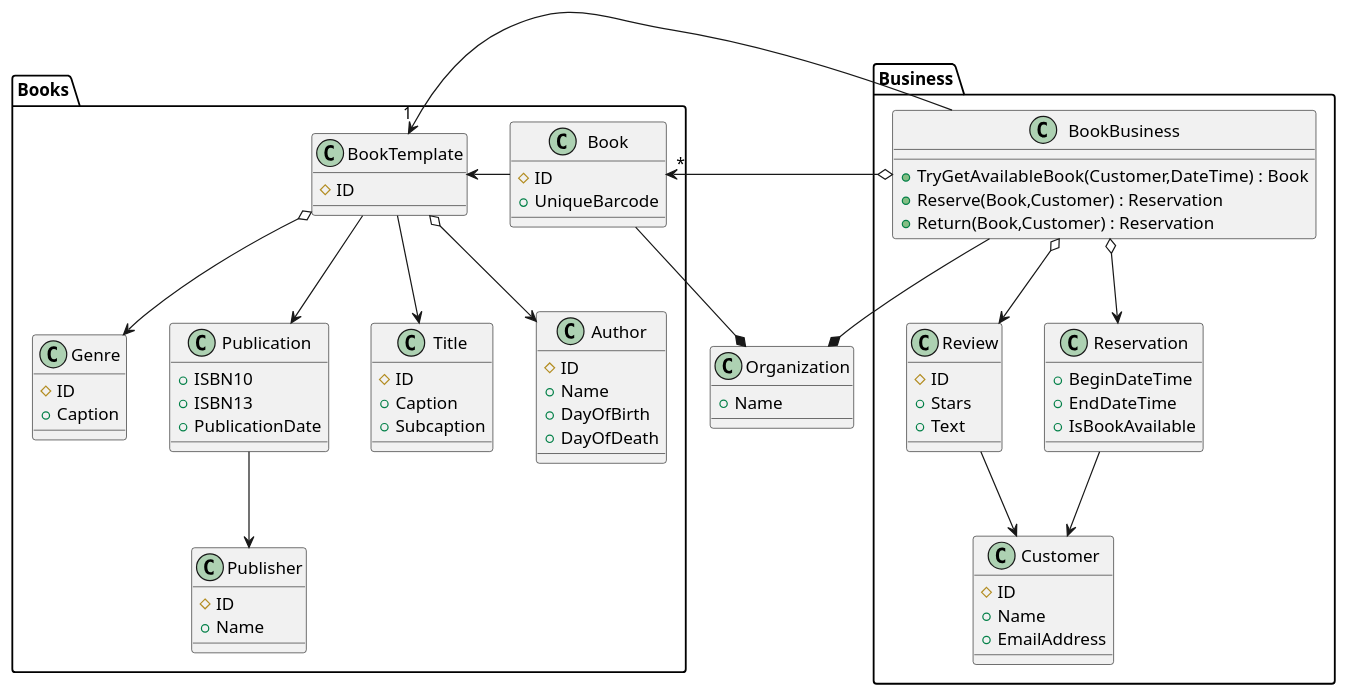
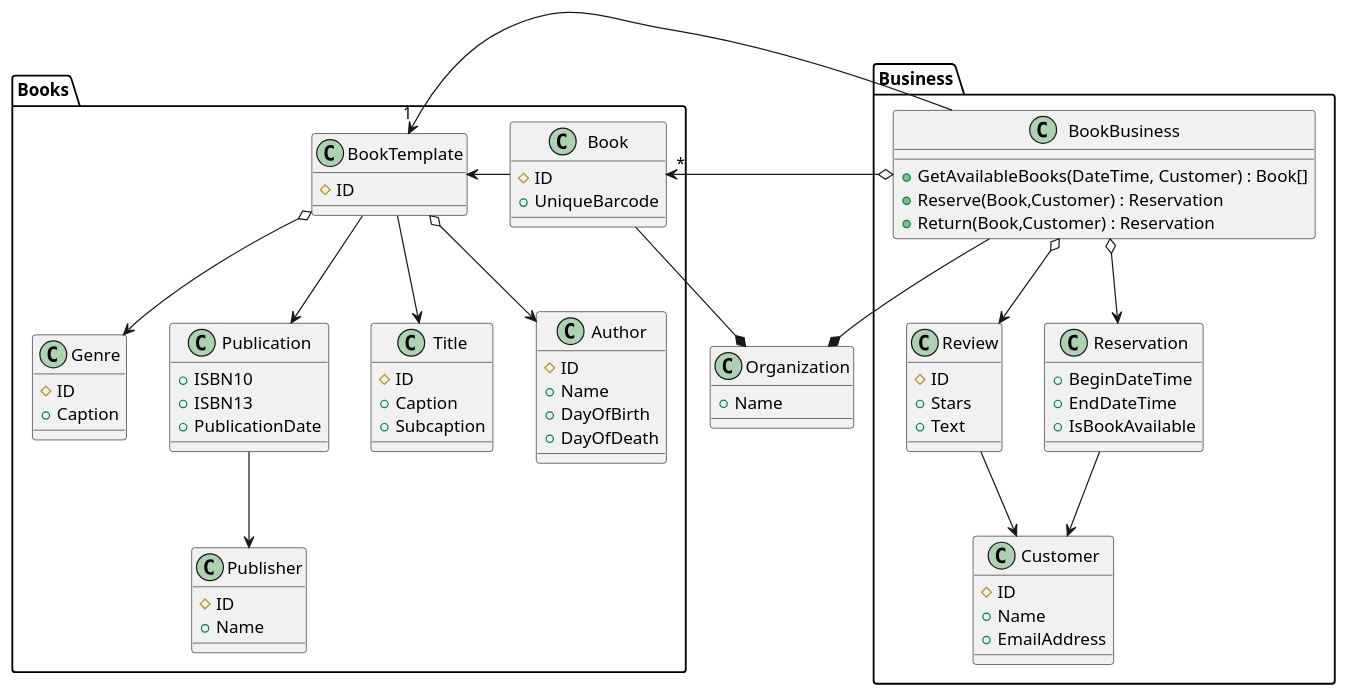
One commit to Xsysstar/Nerds.Library changed the diagram in library-api.puml. Above: the diagram before and after it, drawn with PlantUML. The commit also changed 11 other files, not shown here.

```diff
--- a/library-api.puml
+++ b/library-api.puml
@@ -1,91 +1,91 @@
 @startuml
 
 class Organization {
 	+Name
 }
 Organization *-- Books.Book
 Business.BookBusiness --* Organization
 
 package Books
 {
 	class Book {
 		#ID
 		+UniqueBarcode
 	}
 	Book -> BookTemplate
 
 	class BookTemplate {
 		#ID
 	}
 	BookTemplate --> Publication
 	BookTemplate --> Title
 	BookTemplate o--> Author
 	BookTemplate o--> Genre
 
 
 	class Author {
 		#ID
 		+Name
 		+DayOfBirth
 		+DayOfDeath
 	}
 
 	class Publication {
 		+ISBN10
 		+ISBN13
 		+PublicationDate
 	}
 	Publication --> Publisher
 
 	class Publisher {
 		#ID
 		+Name
 	}
 
 	class Genre {
 		#ID
 		+Caption
 	}
 
 	class Title {
 		#ID
 		+Caption
 		+Subcaption
 	}
 }
 package Business 
 {
 	class BookBusiness {
-		+TryGetAvailableBook(Customer,DateTime) : Book
+		+GetAvailableBooks(DateTime, Customer) : Book[]
 		+Reserve(Book,Customer) : Reservation
 		+Return(Book,Customer) : Reservation
 	}
 	BookBusiness o--> Reservation
 	BookBusiness o--> Review
 
 	Books.Book "*" <-o BookBusiness
 	Books.BookTemplate "1" <- BookBusiness
 
 	class Reservation {
 		+BeginDateTime
 		+EndDateTime
 		+IsBookAvailable
 	}
 	Reservation --> Customer
 
 	class Customer {
 		#ID
 		+Name
 		+EmailAddress
 	}
 
 	class Review {
 		#ID
 		+Stars
 		+Text
 	}
 	Review --> Customer
 
 }
 
 @enduml
```
